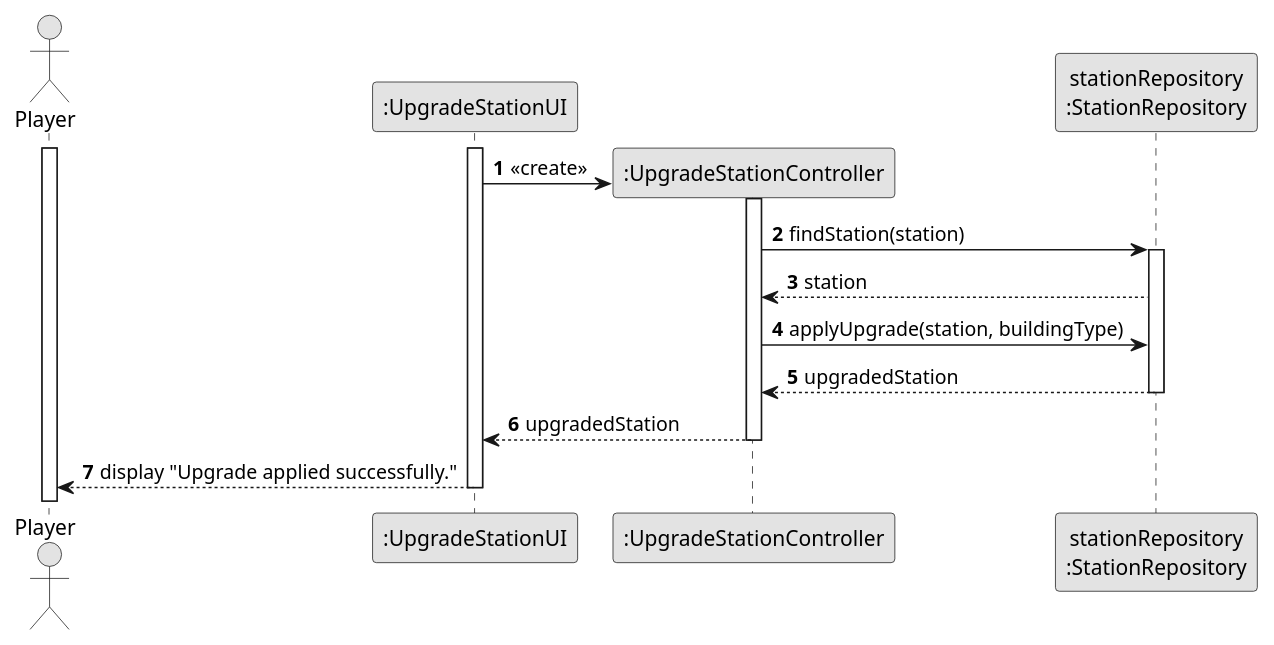
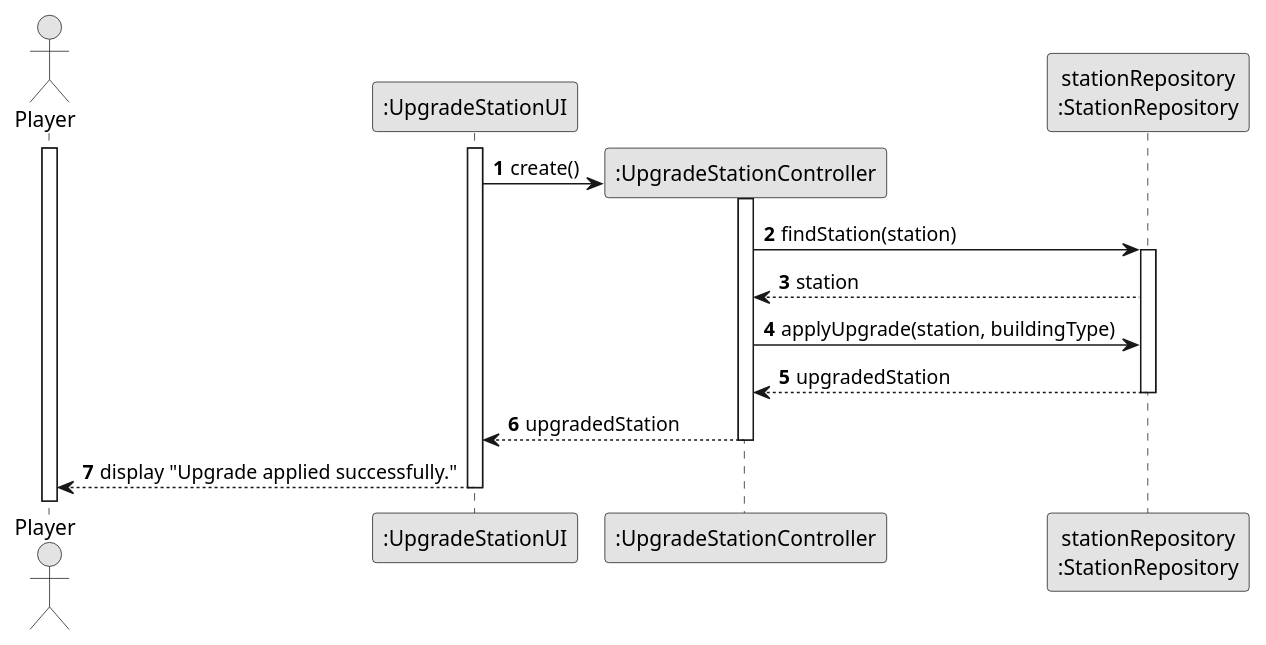
Before and after one commit to goncalolopesp/sem2-pi-24.25-g093-repo: the diagram in docs/system-documentation/US006/03.design/puml/US006-SD-applyAndSuccess.puml, drawn with PlantUML. The commit also changed 8 other files, not shown here.

Commit message:
US3 (Unit Tests) - Added the Unit Tests of CreateCityController

```diff
--- a/docs/system-documentation/US006/03.design/puml/US006-SD-applyAndSuccess.puml
+++ b/docs/system-documentation/US006/03.design/puml/US006-SD-applyAndSuccess.puml
@@ -1,31 +1,31 @@
 @startuml US006-SD-applyAndSuccess
 skinparam monochrome true
 skinparam packageStyle rectangle
 skinparam shadowing false
 autonumber
 
 actor "Player" as Player
 participant ":UpgradeStationUI" as UpgradeStationUI
 
 
 activate Player
 activate UpgradeStationUI
 create ":UpgradeStationController" as UpgradeStationController
-UpgradeStationUI -> UpgradeStationController : «create»
+UpgradeStationUI -> UpgradeStationController : create()
 activate UpgradeStationController
 participant "stationRepository\n:StationRepository" as stationRepository
 UpgradeStationController -> stationRepository : findStation(station)
 activate stationRepository
 stationRepository --> UpgradeStationController : station
 
 
 UpgradeStationController -> stationRepository : applyUpgrade(station, buildingType)
 stationRepository --> UpgradeStationController : upgradedStation
 deactivate stationRepository
 
 UpgradeStationController --> UpgradeStationUI : upgradedStation
 deactivate UpgradeStationController
 
 UpgradeStationUI --> Player : display "Upgrade applied successfully."
 deactivate UpgradeStationUI
 @enduml
```
